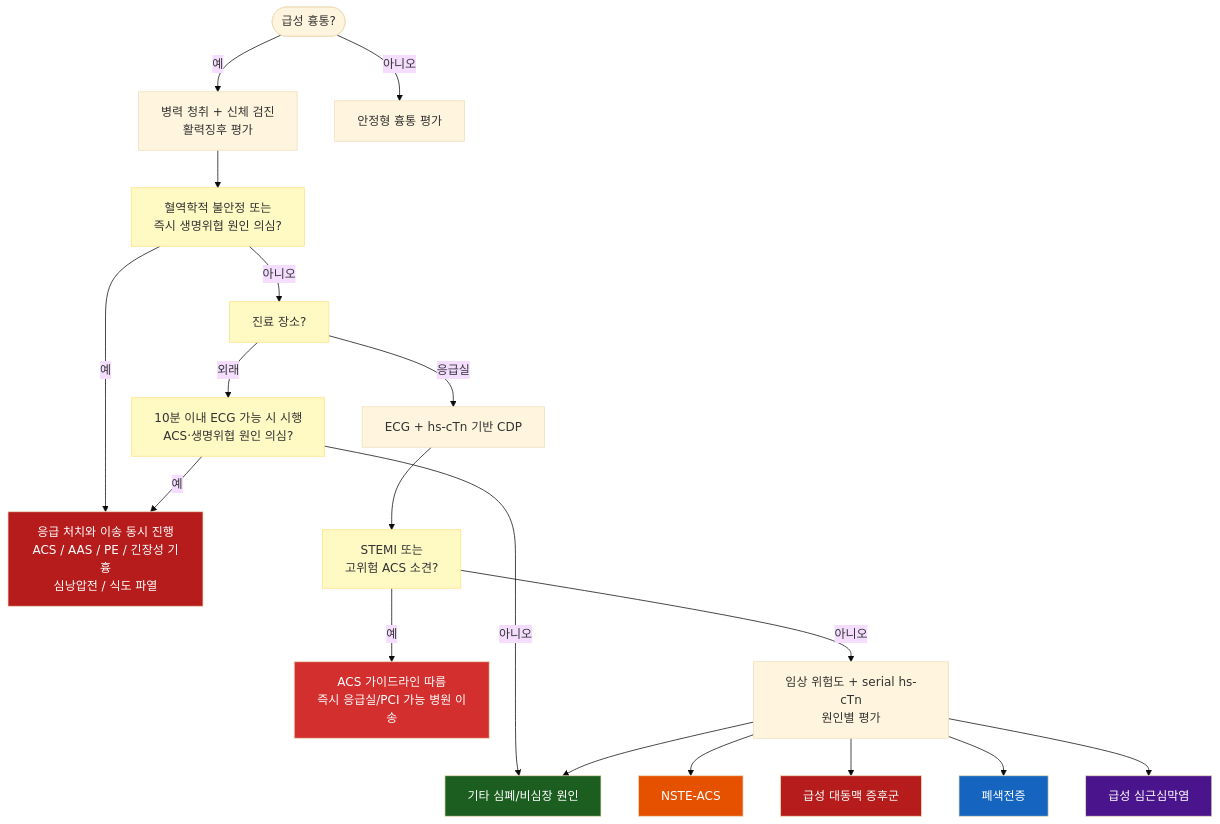
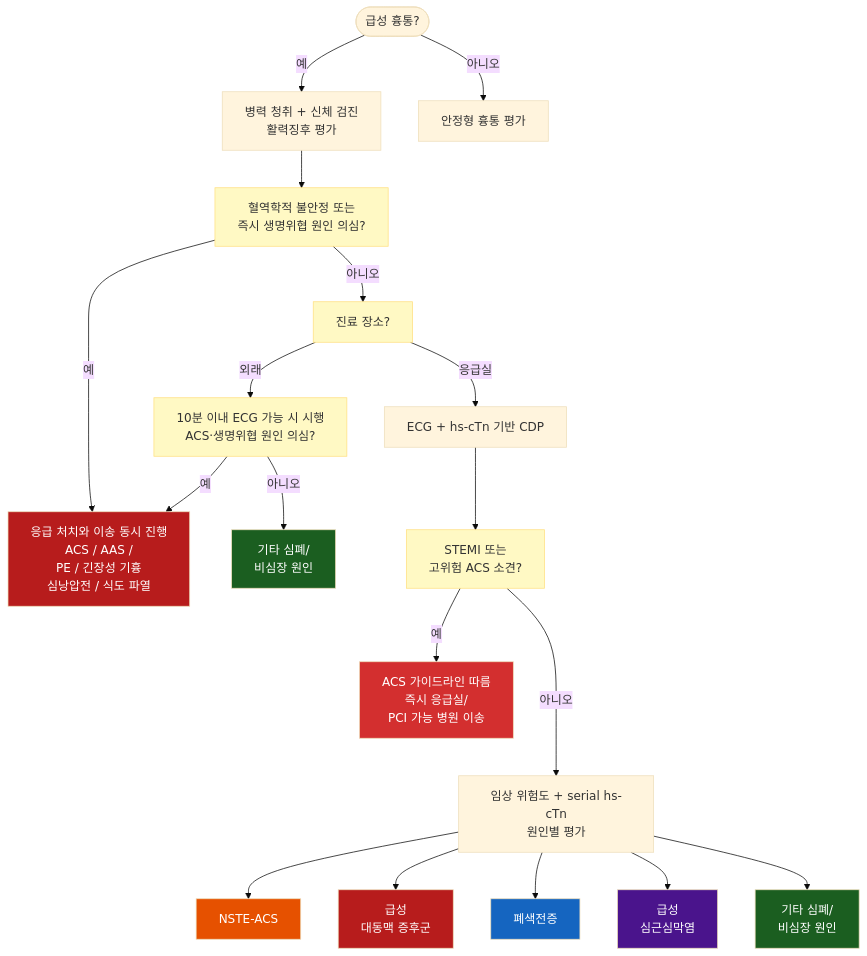
Before and after one commit to familyoh77/familyoh77: the second of 2 diagrams in 220_/002_-chest-pain.md, drawn with Mermaid (base theme). The commit also changed other lines of this file, not shown here.

````diff
--- a/220_/002_-chest-pain.md
+++ b/220_/002_-chest-pain.md
@@ -264,36 +265,32 @@
 ```mermaid
 flowchart TD
     A(["급성 흉통?"]) -->|예| B["병력 청취 + 신체 검진<br>활력징후 평가"]
     A -->|아니오| Z["안정형 흉통 평가"]
-
     B --> L["혈역학적 불안정 또는<br>즉시 생명위협 원인 의심?"]
-    L -->|예| R["응급 처치와 이송 동시 진행<br>ACS / AAS / PE / 긴장성 기흉<br>심낭압전 / 식도 파열"]
+    L -->|예| R["응급 처치와 이송 동시 진행<br>ACS / AAS / <br>PE / 긴장성 기흉<br>심낭압전 / 식도 파열"]
     L -->|아니오| C["진료 장소?"]
-
     C -->|외래| O["10분 이내 ECG 가능 시 시행<br>ACS·생명위협 원인 의심?"]
     C -->|응급실| T["ECG + hs-cTn 기반 CDP"]
-
     O -->|예| R
-    O -->|아니오| K
+    O -->|아니오| K1["기타 심폐/<br>비심장 원인"]
     T --> Q["STEMI 또는<br>고위험 ACS 소견?"]
-    Q -->|예| D["ACS 가이드라인 따름<br>즉시 응급실/PCI 가능 병원 이송"]
-    Q -->|아니오| E["임상 위험도 + serial hs-cTn<br>원인별 평가"]
-
+    Q -->|예| D["ACS 가이드라인 따름<br>즉시 응급실/<br>PCI 가능 병원 이송"]
+    Q --->|아니오| E["임상 위험도 + serial hs-cTn<br>원인별 평가"]
     E --> G["NSTE-ACS"]
-    E --> H["급성 대동맥 증후군"]
+    E --> H["급성 <br>대동맥 증후군"]
     E --> I["폐색전증"]
-    E --> J["급성 심근심막염"]
-    E --> K["기타 심폐/비심장 원인"]
-
+    E --> J["급성 <br>심근심막염"]
+    E --> K["기타 심폐/<br>비심장 원인"]
     style L fill:#fff9c4,stroke:#ffe082
     style R fill:#b71c1c,color:#fff
     style C fill:#fff9c4,stroke:#ffe082
     style Q fill:#fff9c4,stroke:#ffe082
     style O fill:#fff9c4,stroke:#ffe082
     style D fill:#d32f2f,color:#fff
     style G fill:#e65100,color:#fff
     style H fill:#b71c1c,color:#fff
     style I fill:#1565c0,color:#fff
     style J fill:#4a148c,color:#fff
     style K fill:#1b5e20,color:#fff
+    style K1 fill:#1b5e20,color:#fff
 ```
````
